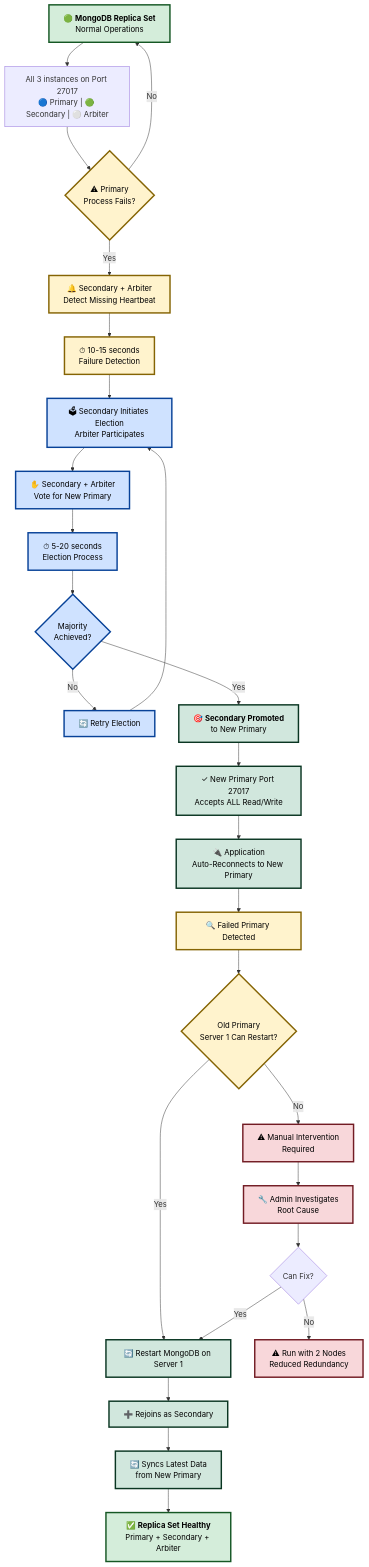
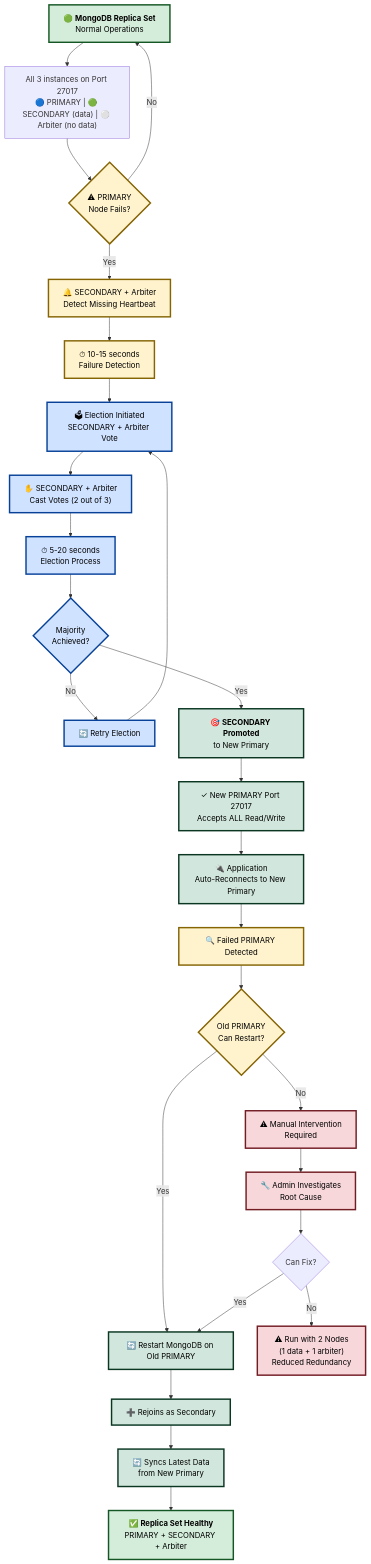
The seventh of 11 diagrams in HA_DR_Architecture_Documentation_dt.md (Vishwa0220/customers-docs), drawn with Mermaid before and after one commit. The commit also changed other lines of this file, not shown here.

````diff
--- a/HA_DR_Architecture_Documentation_dt.md
+++ b/HA_DR_Architecture_Documentation_dt.md
@@ -448,48 +462,48 @@
 ```mermaid
 flowchart TD
-    A["🟢 <b>MongoDB Replica Set</b><br/>Normal Operations"] --> B["All 3 instances on Port 27017<br/>🔵 Primary | 🟢 Secondary | ⚪ Arbiter"]
+    A["🟢 <b>MongoDB Replica Set</b><br/>Normal Operations"] --> B["All 3 instances on Port 27017<br/>🔵 PRIMARY | 🟢 SECONDARY (data) | ⚪ Arbiter (no data)"]
     
-    B --> C{"⚠ Primary<br/>Process Fails?"}
+    B --> C{"⚠ PRIMARY<br/>Node Fails?"}
     C -->|"No"| A
     
-    C -->|"Yes"| D["🔔 Secondary + Arbiter<br/>Detect Missing Heartbeat"]
+    C -->|"Yes"| D["🔔 SECONDARY + Arbiter<br/>Detect Missing Heartbeat"]
     D --> E["⏱ 10-15 seconds<br/>Failure Detection"]
     
-    E --> F["🗳 Secondary Initiates Election<br/>Arbiter Participates"]
-    F --> G["✋ Secondary + Arbiter<br/>Vote for New Primary"]
+    E --> F["🗳 Election Initiated<br/>SECONDARY + Arbiter Vote"]
+    F --> G["✋ SECONDARY + Arbiter<br/>Cast Votes (2 out of 3)"]
     G --> H["⏱ 5-20 seconds<br/>Election Process"]
     
     H --> I{"Majority<br/>Achieved?"}
     I -->|"No"| J["🔄 Retry Election"]
     J --> F
     
-    I -->|"Yes"| K["🎯 <b>Secondary Promoted</b><br/>to New Primary"]
-    K --> L["✓ New Primary Port 27017<br/>Accepts ALL Read/Write"]
+    I -->|"Yes"| K["🎯 <b>SECONDARY Promoted</b><br/>to New Primary"]
+    K --> L["✓ New PRIMARY Port 27017<br/>Accepts ALL Read/Write"]
     
     L --> M["🔌 Application<br/>Auto-Reconnects to New Primary"]
-    M --> N["🔍 Failed Primary Detected"]
+    M --> N["🔍 Failed PRIMARY Detected"]
     
-    N --> O{"Old Primary<br/>Server 1 Can Restart?"}
-    O -->|"Yes"| P["🔄 Restart MongoDB on Server 1"]
+    N --> O{"Old PRIMARY<br/>Can Restart?"}
+    O -->|"Yes"| P["🔄 Restart MongoDB on Old PRIMARY"]
     P --> Q["➕ Rejoins as Secondary"]
     Q --> R["🔄 Syncs Latest Data<br/>from New Primary"]
-    R --> S["✅ <b>Replica Set Healthy</b><br/>Primary + Secondary + Arbiter"]
+    R --> S["✅ <b>Replica Set Healthy</b><br/>PRIMARY + SECONDARY + Arbiter"]
     
     O -->|"No"| T["⚠ Manual Intervention<br/>Required"]
     T --> U["🔧 Admin Investigates<br/>Root Cause"]
     U --> V{"Can Fix?"}
     V -->|"Yes"| P
-    V -->|"No"| W["⚠ Run with 2 Nodes<br/>Reduced Redundancy"]
+    V -->|"No"| W["⚠ Run with 2 Nodes<br/>(1 data + 1 arbiter)<br/>Reduced Redundancy"]
     
     classDef normalOps fill:#d4edda,stroke:#155724,stroke-width:3px,color:#000
     classDef warning fill:#fff3cd,stroke:#856404,stroke-width:3px,color:#000
     classDef critical fill:#f8d7da,stroke:#721c24,stroke-width:3px,color:#000
     classDef election fill:#cfe2ff,stroke:#084298,stroke-width:3px,color:#000
     classDef success fill:#d1e7dd,stroke:#0a3622,stroke-width:3px,color:#000
     
     class A,S normalOps
     class C,D,E,N,O warning
     class T,U,W critical
     class F,G,H,I,J election
     class K,L,M,P,Q,R success
 ```
````
